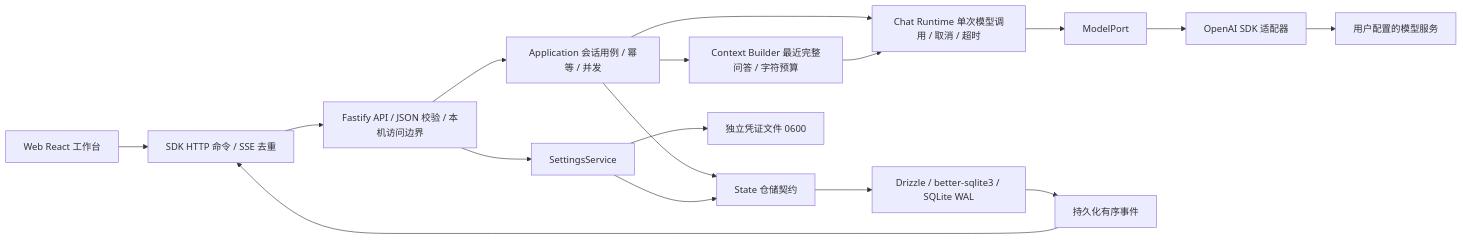
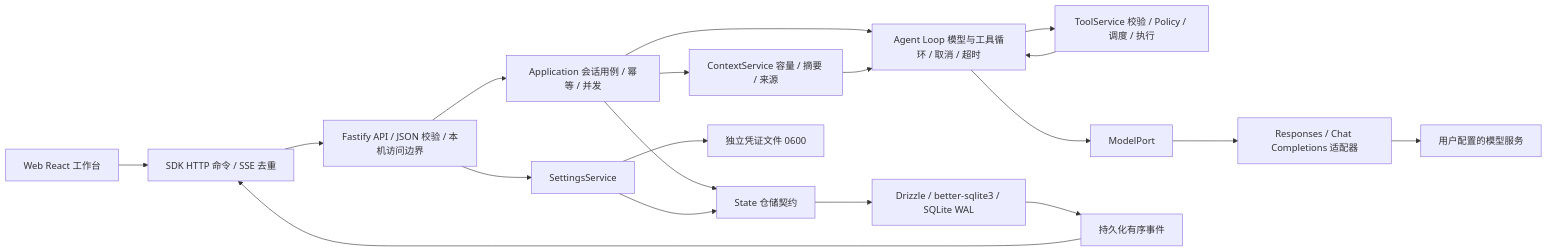
Before and after one commit to baixiaonian/myagent: the diagram in docs/architecture/overview.md, drawn with Mermaid. The commit also changed other lines of this file and 495 other files, not shown here.

````diff
--- a/docs/architecture/overview.md
+++ b/docs/architecture/overview.md
@@ -7,19 +9,21 @@
 ```mermaid
 flowchart LR
   W[Web React 工作台] --> S[SDK HTTP 命令 / SSE 去重]
   S --> H[Fastify API / JSON 校验 / 本机访问边界]
   H --> A[Application 会话用例 / 幂等 / 并发]
-  A --> K[Chat Runtime 单次模型调用 / 取消 / 超时]
-  A --> C[Context Builder 最近完整问答 / 字符预算]
+  A --> K[Agent Loop 模型与工具循环 / 取消 / 超时]
+  A --> C[ContextService 容量 / 摘要 / 来源]
   C --> K
+  K --> T[ToolService 校验 / Policy / 调度 / 执行]
+  T --> K
   K --> P[ModelPort]
-  P --> O[OpenAI SDK 适配器]
+  P --> O[Responses / Chat Completions 适配器]
   O --> M[用户配置的模型服务]
   A --> ST[State 仓储契约]
   ST --> DB[Drizzle / better-sqlite3 / SQLite WAL]
   H --> SET[SettingsService]
   SET --> V[独立凭证文件 0600]
   SET --> ST
   DB --> E[持久化有序事件]
   E --> S
 ```
````
